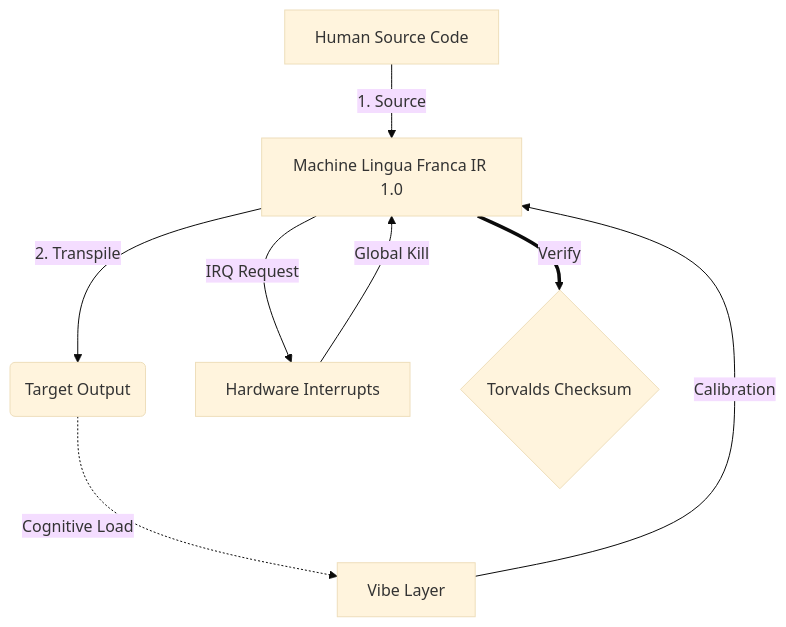
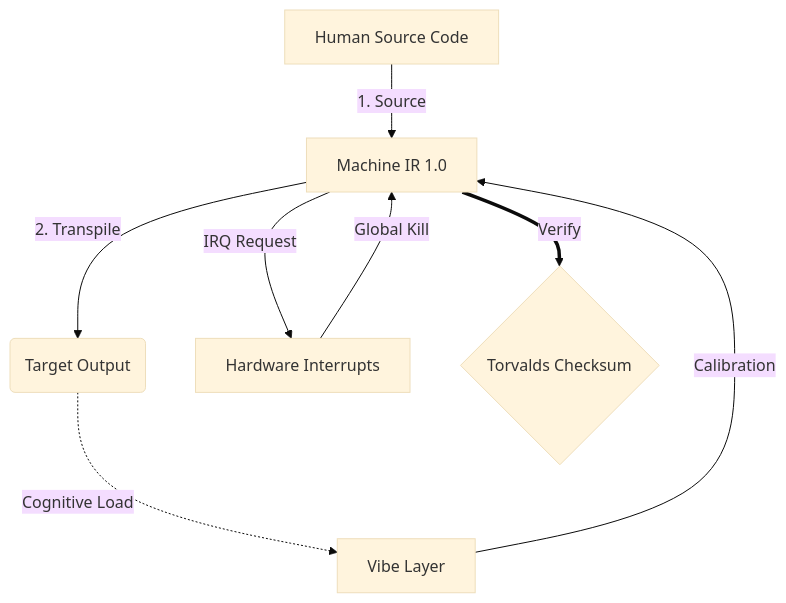
Before and after one commit to 0compute/machine: the diagram in machine.md, drawn with Mermaid (base theme). The commit also changed 2 other files, not shown here.

````diff
--- a/machine.md
+++ b/machine.md
@@ -283,10 +283,10 @@
 ```mermaid
 graph TD
-    A[Human Source Code] -->|1. Source| B[Machine Lingua Franca IR 1.0]
+    A[Human Source Code] -->|1. Source| B[Machine IR 1.0]
     B -->|2. Transpile| C(Target Output)
     C -.->|Cognitive Load| G[Vibe Layer]
     G -->|Calibration| B
     B -->|IRQ Request| H[Hardware Interrupts]
     H -->|Global Kill| B
     B == Verify ==> I{Torvalds Checksum}
 ```
````
